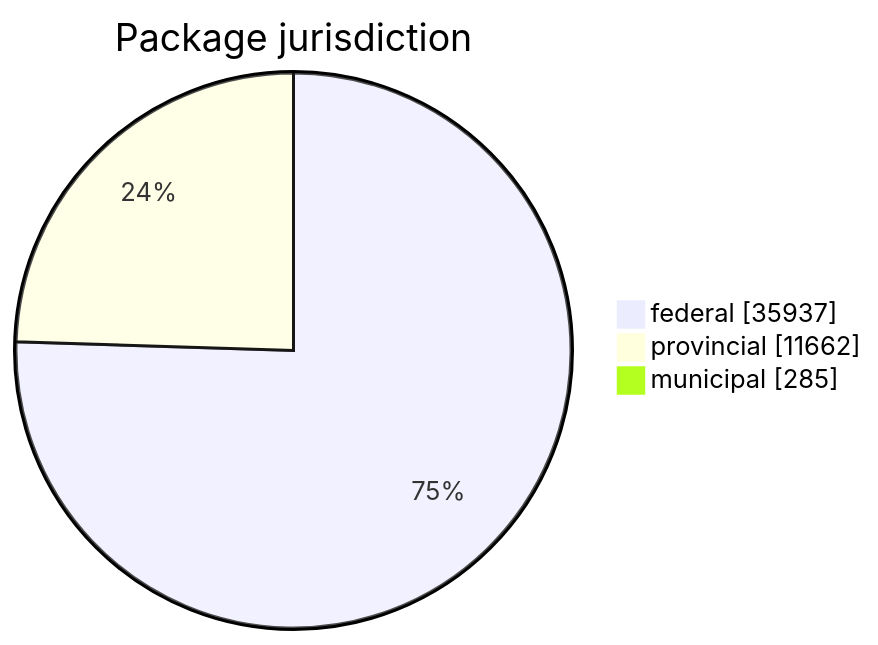
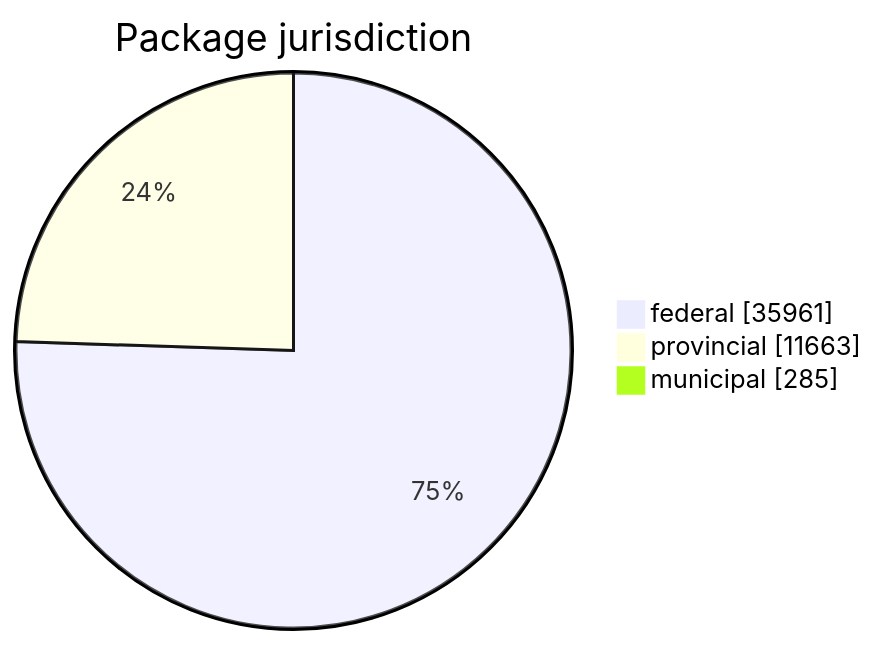
Before and after one commit to open-data/analytics-corporate-reporting: the first of 5 diagrams in FreshCheck/README.md, drawn with Mermaid. The commit also changed other lines of this file and 3 other files, not shown here.

````diff
--- a/FreshCheck/README.md
+++ b/FreshCheck/README.md
@@ -60,6 +60,6 @@
 ```mermaid
 pie showData title Package jurisdiction
-    "federal": 35937
-    "provincial": 11662
+    "federal": 35961
+    "provincial": 11663
     "municipal": 285
 ```
````
